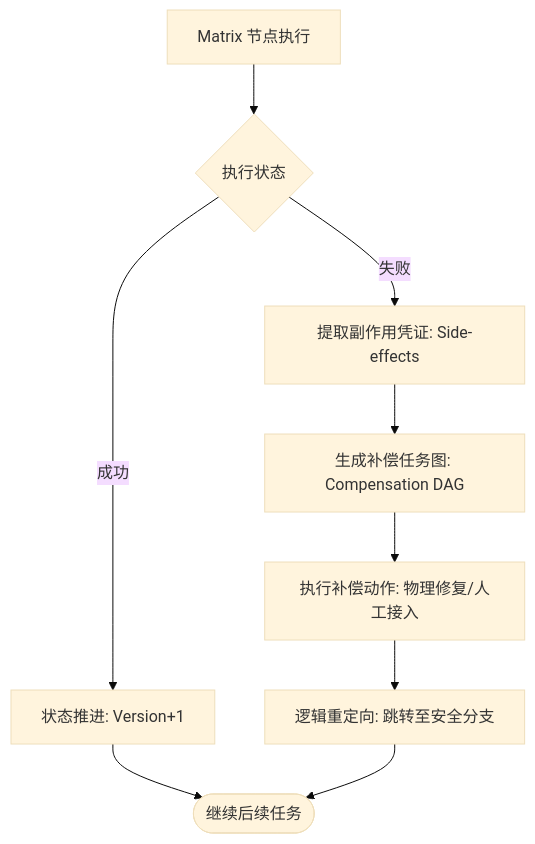
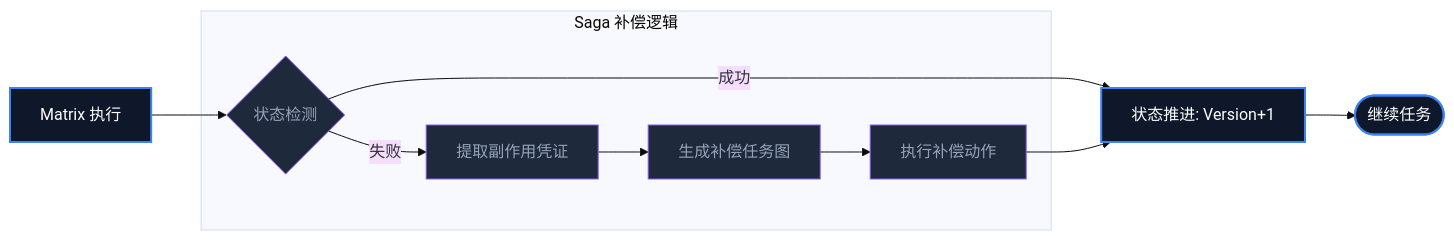
The diagram in content/posts/aura-project/aura-immutable-state-machine/index.md (QQDDTT/Dark-Lattice), drawn with Mermaid (base theme) before and after one commit. The commit also changed 29 other files, not shown here.

Commit message:
feat: add Mermaid diagram rendering and featured image support to blog cards with updated UI styles

````diff
--- a/content/posts/aura-project/aura-immutable-state-machine/index.md
+++ b/content/posts/aura-project/aura-immutable-state-machine/index.md
@@ -34,11 +34,21 @@
 ```mermaid
-graph TD
-    Node[Matrix 节点执行] --> Status{执行状态}
-    Status -->|成功| Next[状态推进: Version+1]
-    Status -->|失败| Voucher[提取副作用凭证: Side-effects]
-    Voucher --> DAG[生成补偿任务图: Compensation DAG]
-    DAG --> Repair[执行补偿动作: 物理修复/人工接入]
-    Repair --> Forward[逻辑重定向: 跳转至安全分支]
-    Next --> End([继续后续任务])
-    Forward --> End
+graph LR
+    classDef main fill:#0F172A,stroke:#3B82F6,stroke-width:2px,color:#fff;
+    classDef process fill:#1E293B,stroke:#8B5CF6,stroke-width:1px,color:#94A3B8;
+
+    Node[Matrix 执行] --> Status{状态检测}
+    
+    Status -- 成功 --> Next[状态推进: Version+1]
+    
+    subgraph Compensation [Saga 补偿逻辑]
+        Status -- 失败 --> Voucher[提取副作用凭证]
+        Voucher --> DAG[生成补偿任务图]
+        DAG --> Repair[执行补偿动作]
+    end
+
+    Repair --> Next
+    Next --> End([继续任务])
+
+    class Node,Next,End main;
+    class Status,Voucher,DAG,Repair process;
 ```
````
